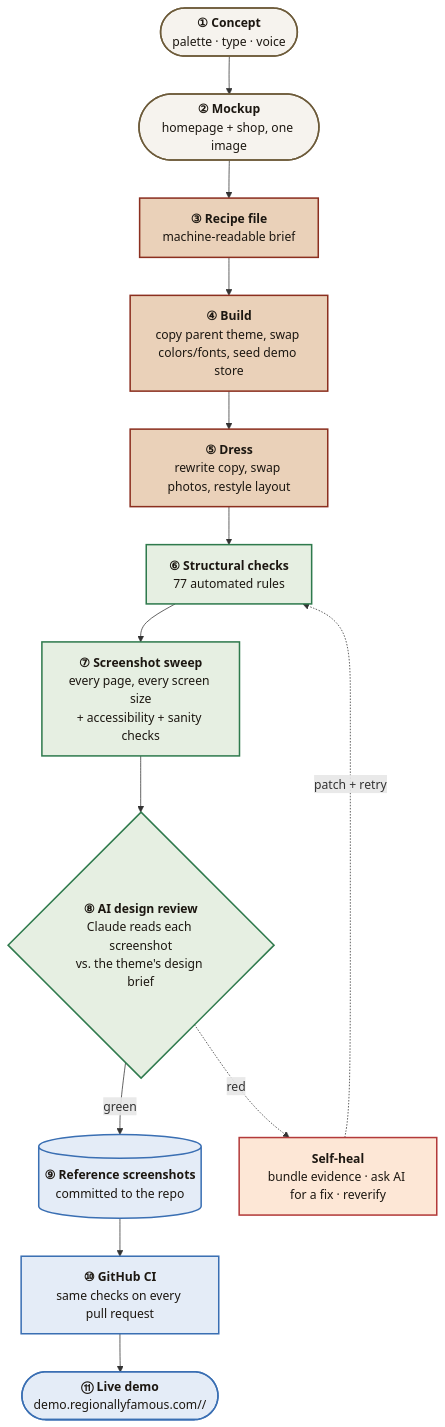
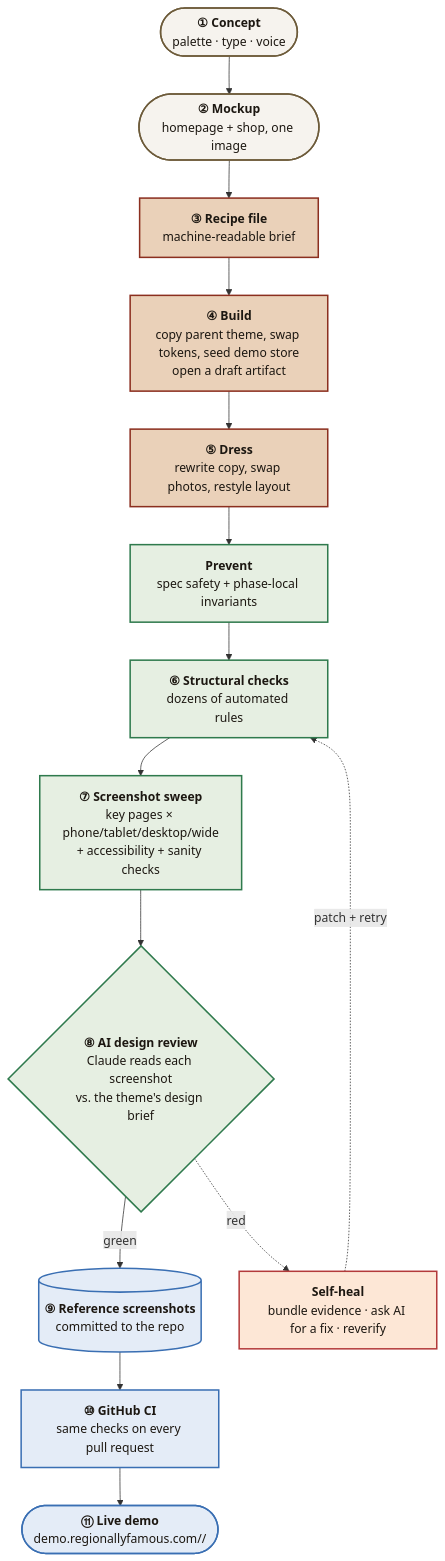
Before and after one commit to RegionallyFamous/fifty: the diagram in docs/how-it-works.md, drawn with Mermaid. The commit also changed other lines of this file, not shown here.

First line of the commit message:
docs: refresh theme factory overview

````diff
--- a/docs/how-it-works.md
+++ b/docs/how-it-works.md
@@ -9,26 +9,27 @@
 ```mermaid
 flowchart TB
     classDef ideate fill:#f6f3ee,stroke:#6d5b3a,color:#1c1711,stroke-width:2px
     classDef design fill:#ead1b9,stroke:#8b2f1f,color:#1c1711,stroke-width:2px
     classDef verify fill:#e6efe2,stroke:#2F7A4D,color:#1c1711,stroke-width:2px
     classDef heal   fill:#fde7d6,stroke:#b33a3a,color:#1c1711,stroke-width:2px
     classDef ship   fill:#e4ecf7,stroke:#3A6FB3,color:#1c1711,stroke-width:2px
 
     A(["<b>① Concept</b><br/>palette · type · voice"]):::ideate
     M(["<b>② Mockup</b><br/>homepage + shop, one image"]):::ideate
     S["<b>③ Recipe file</b><br/>machine-readable brief"]:::design
-    B["<b>④ Build</b><br/>copy parent theme, swap colors/fonts, seed demo store"]:::design
+    B["<b>④ Build</b><br/>copy parent theme, swap tokens, seed demo store<br/>open a draft artifact"]:::design
     D["<b>⑤ Dress</b><br/>rewrite copy, swap photos, restyle layout"]:::design
-    CH["<b>⑥ Structural checks</b><br/>77 automated rules"]:::verify
-    SN["<b>⑦ Screenshot sweep</b><br/>every page, every screen size<br/>+ accessibility + sanity checks"]:::verify
+    PR["<b>Prevent</b><br/>spec safety + phase-local invariants"]:::verify
+    CH["<b>⑥ Structural checks</b><br/>dozens of automated rules"]:::verify
+    SN["<b>⑦ Screenshot sweep</b><br/>key pages × phone/tablet/desktop/wide<br/>+ accessibility + sanity checks"]:::verify
     VI{"<b>⑧ AI design review</b><br/>Claude reads each screenshot<br/>vs. the theme's design brief"}:::verify
     UN["<b>Self-heal</b><br/>bundle evidence · ask AI for a fix · reverify"]:::heal
     BL[("<b>⑨ Reference screenshots</b><br/>committed to the repo")]:::ship
     CI["<b>⑩ GitHub CI</b><br/>same checks on every pull request"]:::ship
     LIVE(["<b>⑪ Live demo</b><br/>demo.regionallyfamous.com/<slug>/"]):::ship
 
-    A --> M --> S --> B --> D --> CH --> SN --> VI
+    A --> M --> S --> B --> D --> PR --> CH --> SN --> VI
     VI -->|green| BL --> CI --> LIVE
     VI -. red .-> UN
     UN -. patch + retry .-> CH
 ```
````
